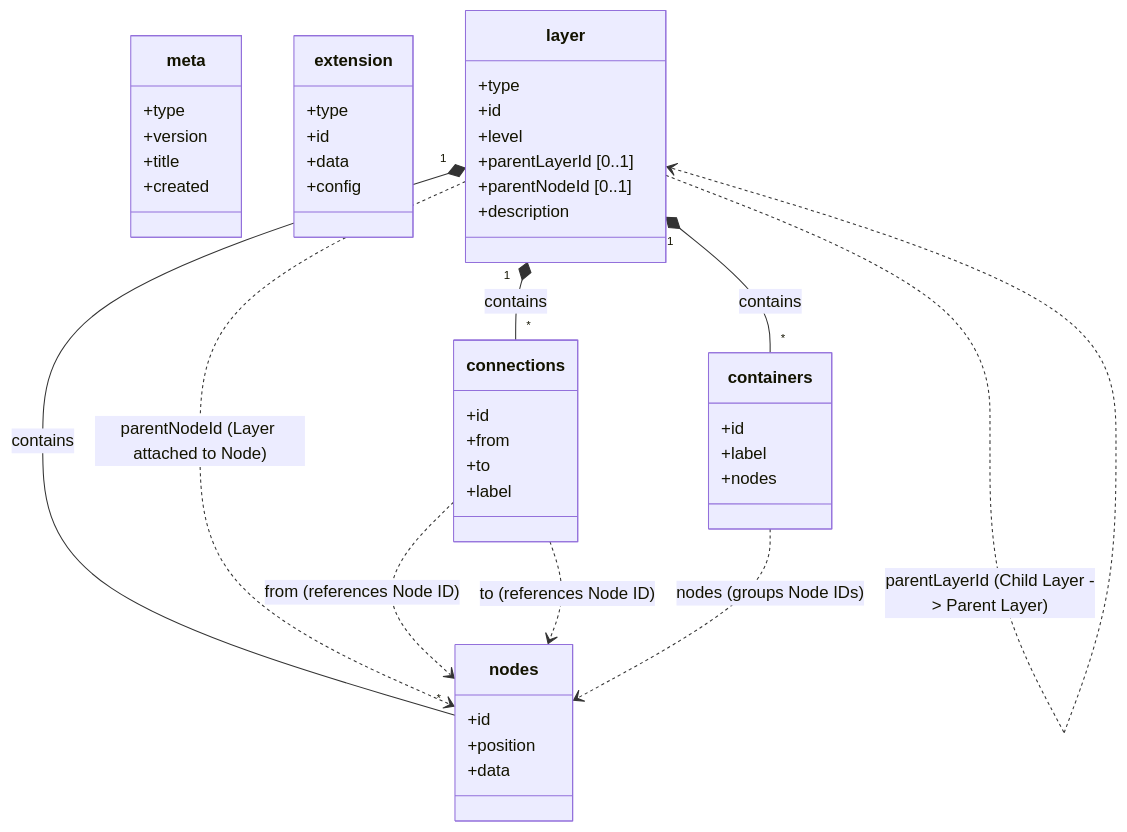
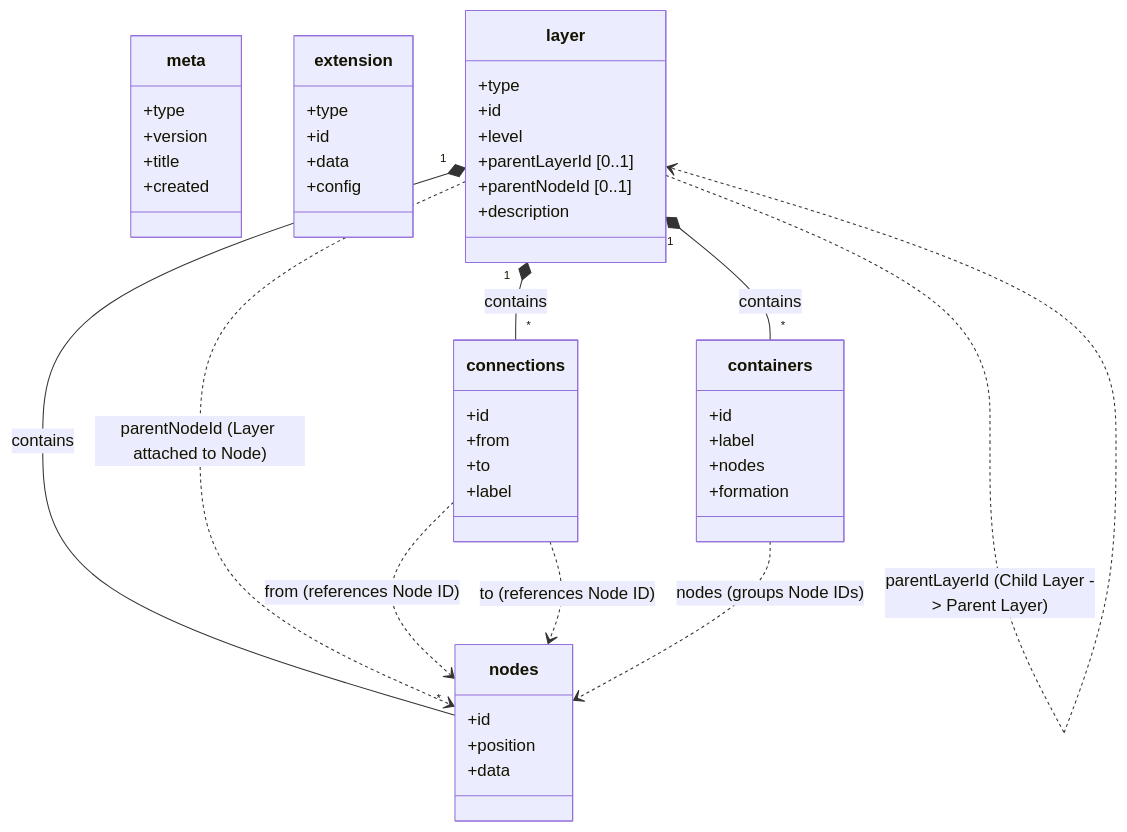
Before and after one commit to visualli-ai/spec: the diagram in docs/core.md, drawn with Mermaid. The commit also changed other lines of this file and 6 other files, not shown here.

````diff
--- a/docs/core.md
+++ b/docs/core.md
@@ -45,66 +66,67 @@
 ```mermaid
 classDiagram
     %% Meta Information (Line 1)
     class meta {
         +type
         +version
         +title
         +created
     }
 
     %% Extension Entity (Lines 2..M - Optional)
     class extension {
         +type
         +id
         +data
         +config
     }
 
     %% Layer Entity (Lines M+1..N)
     class layer {
         +type
         +id
         +level
         +parentLayerId [0..1]
         +parentNodeId [0..1]
         +description
     }
 
     %% Node Entity (Embedded in Layer)
     class nodes {
         +id
         +position
         +data
     }
 
     %% Connection Entity (Embedded in Layer)
     class connections {
         +id
         +from
         +to
         +label
     }
 
     %% Container Entity (Embedded in Layer)
     class containers {
         +id
         +label
         +nodes
+        +formation
     }
 
     %% Relationships
     layer "1" *-- "*" nodes : contains
     layer "1" *-- "*" connections : contains
     layer "1" *-- "*" containers : contains
     
     %% Hierarchical Links
     layer ..> layer : parentLayerId (Child Layer -> Parent Layer)
     layer ..> nodes : parentNodeId (Layer attached to Node)
     
     %% Connection Links
     connections ..> nodes : from (references Node ID)
     connections ..> nodes : to (references Node ID)
 
     %% Container Links
     containers ..> nodes : nodes (groups Node IDs)
 ```
````
